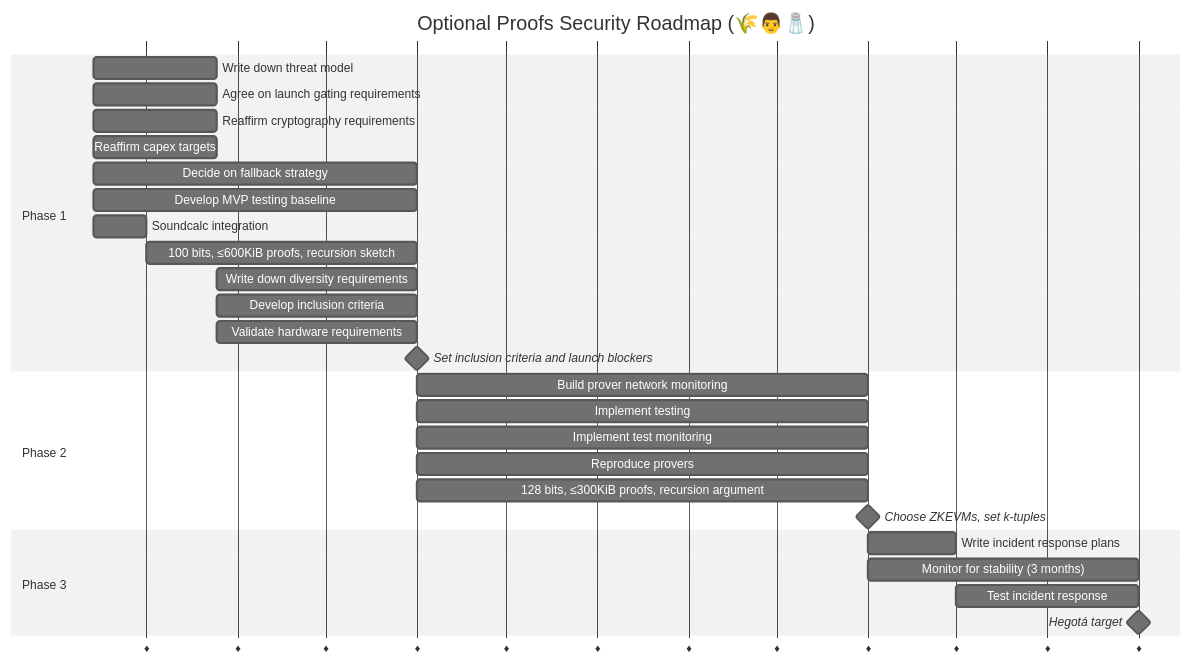
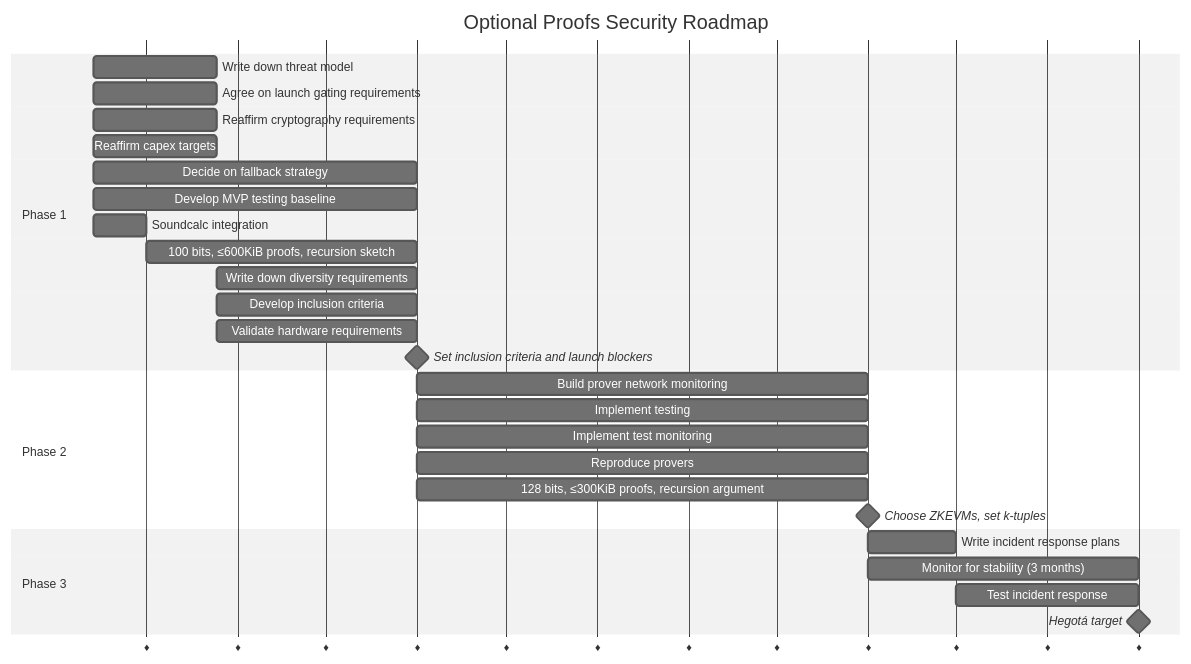
Before and after one commit to codygunton/talks-and-writing: the diagram in 2026-02-11-zkevm-breakout/diagrams/roadmap.mmd, drawn with Mermaid (neutral theme).

Commit message:
Add date disclaimer comments to roadmap gantt chart
Remove emoji from title and add comments clarifying that dates
establish relative bar sizes, not agreed-upon deadlines.

```diff
--- a/2026-02-11-zkevm-breakout/diagrams/roadmap.mmd
+++ b/2026-02-11-zkevm-breakout/diagrams/roadmap.mmd
@@ -1,32 +1,34 @@
 gantt
-    title Optional Proofs Security Roadmap (🌾👨🧂)
+    title Optional Proofs Security Roadmap
+    %% NOTE: the dates below are just to establish relative sizes of bars
+    %% they do not directly correspond to agreed-upon deadlines.
     dateFormat YYYY-MM-DD
     axisFormat ♦
 
     section Phase 1
     Write down threat model               :p1a, 2026-02-11, 6w
     Agree on launch gating requirements   :p1b, 2026-02-11, 6w
     Reaffirm cryptography requirements    :p1e, 2026-02-11, 6w
     Reaffirm capex targets                :p1f, 2026-02-11, 6w
     Decide on fallback strategy           :p1c, 2026-02-11, 2026-06-01
     Develop MVP testing baseline          :p1g, 2026-02-11, 2026-06-01
     Soundcalc integration                 :p2i, 2026-02-11, 2026-03-01
     100 bits, ≤600KiB proofs, recursion sketch  :p2j, after p2i, 2026-06-01
     Write down diversity requirements     :p1d, after p1b, 2026-06-01
     Develop inclusion criteria            :p1h, after p1b, 2026-06-01
     Validate hardware requirements        :p2g, after p1f, 2026-06-01
     Set inclusion criteria and launch blockers :milestone, 2026-06-01, 0d
 
     section Phase 2
     Build prover network monitoring       :p2f, 2026-06-01, 2026-11-01
     Implement testing                     :p2b, 2026-06-01, 2026-11-01
     Implement test monitoring             :p2c, 2026-06-01, 2026-11-01
     Reproduce provers                     :p2a, 2026-06-01, 2026-11-01
     128 bits, ≤300KiB proofs, recursion argument :p2j, 2026-06-01, 2026-11-01
     Choose ZKEVMs, set k-tuples           :milestone, 2026-11-01, 0d
 
     section Phase 3
     Write incident response plans         :p2e, 2026-11-01, 2026-12-01
     Monitor for stability (3 months)      :p3a, 2026-11-01, 2027-02-01
     Test incident response                :p3b, 2026-12-01, 2027-02-01
     Hegotá target                         :milestone, 2027-02-01, 0d
```
